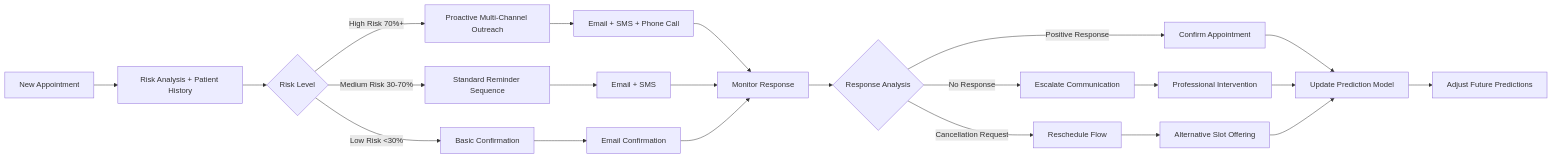
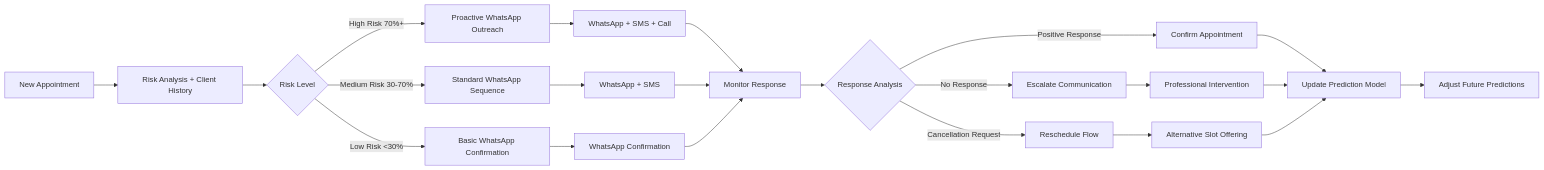
Before and after one commit to GrupoUS/neonpro: the sixth of 16 diagrams in docs/architecture/aesthetic-platform-flows.md, drawn with Mermaid. The commit also changed other lines of this file and 892 other files, not shown here.

````diff
--- a/docs/architecture/aesthetic-platform-flows.md
+++ b/docs/architecture/aesthetic-platform-flows.md
@@ -216,29 +311,29 @@
 ```mermaid
 flowchart LR
-    A[New Appointment] --> B[Risk Analysis + Patient History]
+    A[New Appointment] --> B[Risk Analysis + Client History]
     B --> C{Risk Level}
-    C -->|High Risk 70%+| D[Proactive Multi-Channel Outreach]
-    C -->|Medium Risk 30-70%| E[Standard Reminder Sequence]
-    C -->|Low Risk <30%| F[Basic Confirmation]
+    C -->|High Risk 70%+| D[Proactive WhatsApp Outreach]
+    C -->|Medium Risk 30-70%| E[Standard WhatsApp Sequence]
+    C -->|Low Risk <30%| F[Basic WhatsApp Confirmation]
 
-    D --> G[Email + SMS + Phone Call]
-    E --> H[Email + SMS]
-    F --> I[Email Confirmation]
+    D --> G[WhatsApp + SMS + Call]
+    E --> H[WhatsApp + SMS]
+    F --> I[WhatsApp Confirmation]
 
     G --> J[Monitor Response]
     H --> J
     I --> J
 
     J --> K{Response Analysis}
     K -->|No Response| L[Escalate Communication]
     K -->|Positive Response| M[Confirm Appointment]
     K -->|Cancellation Request| N[Reschedule Flow]
 
     L --> O[Professional Intervention]
     M --> P[Update Prediction Model]
     N --> Q[Alternative Slot Offering]
 
     O --> P
     Q --> P
     P --> R[Adjust Future Predictions]
 ```
````
